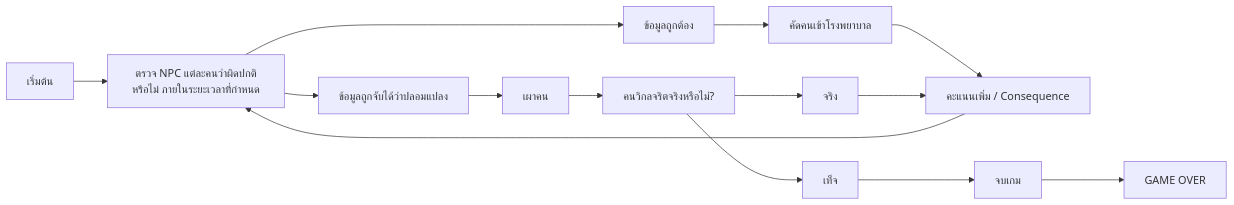
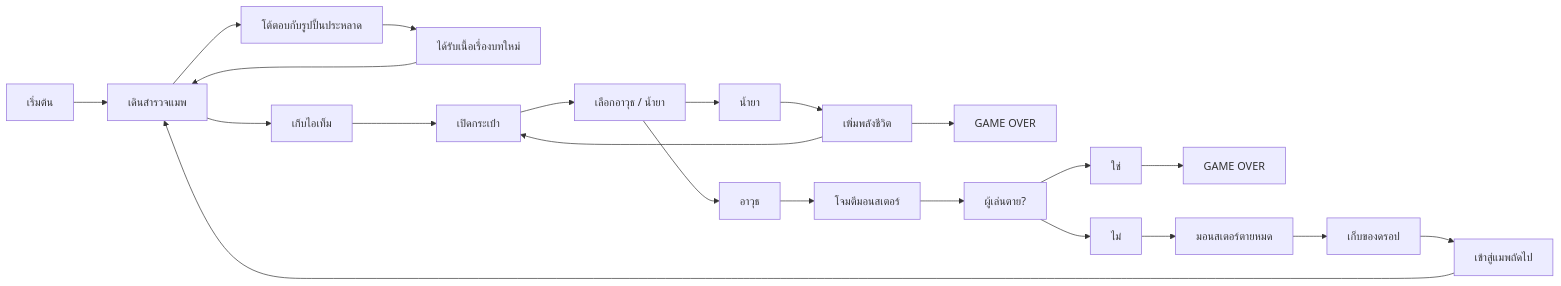
The diagram in docs/gdd/01-core-loop.md (EVE2486/DG225_-PROJECT-derni-re--GAME), drawn with Mermaid before and after one commit. The commit also changed other lines of this file and 2 other files, not shown here.

Commit message:
Refine core loop and mechanics: update gameplay flow, item interactions, and win/lose conditions; enhance asset list with new sprites and audio status

````diff
--- a/docs/gdd/01-core-loop.md
+++ b/docs/gdd/01-core-loop.md
@@ -10,16 +10,24 @@
 ```mermaid
 flowchart LR
-    A[เริ่มต้น] --> B[ตรวจ NPC แต่ละคนว่าผิดปกติหรือไม่ ภายในระยะเวลาที่กำหนด]
-    B --> C[ข้อมูลถูกต้อง]
-    C --> D[คัดคนเข้าโรงพยาบาล]
-    D --> F
-    B --> G[ข้อมูลถูกจับได้ว่าปลอมแปลง]
-    G --> E[เผาคน]
-    E --> H[คนวิกลจริตจริงหรือไม่?]
-    H --> I[จริง]
-    I --> F
-    H --> J[เท็จ]
-    J --> K[จบเกม]
+    A[เริ่มต้น] --> B[เดินสำรวจแมพ]
+    B --> C[โต้ตอบกับรูปปั้นประหลาด]
+    C --> D[ได้รับเนื้อเรื่องบทใหม่]
+    D --> B
+    B --> G[เก็บไอเท็ม]
+    G --> E[เปิดกระเป๋า]
+    E --> H[เลือกอาวุธ / น้ำยา]
+    H --> I[อาวุธ]
+    I --> F[โจมตีมอนสเตอร์]
+    H --> J[น้ำยา]
+    J --> K[เพิ่มพลังชีวิต]
+    K --> E
     K --> L[GAME OVER]
-    F[คะแนนเพิ่ม / Consequence] --> B
+    F --> M[ผู้เล่นตาย?]
+    M --> R[ใช่]
+    M --> Q[ไม่]
+    R --> S[GAME OVER]
+    Q --> N[มอนสเตอร์ตายหมด]
+    N --> O[เก็บของดรอป]
+    O --> P[เข้าสู่แมพถัดไป]
+    P --> B
 ```
````
